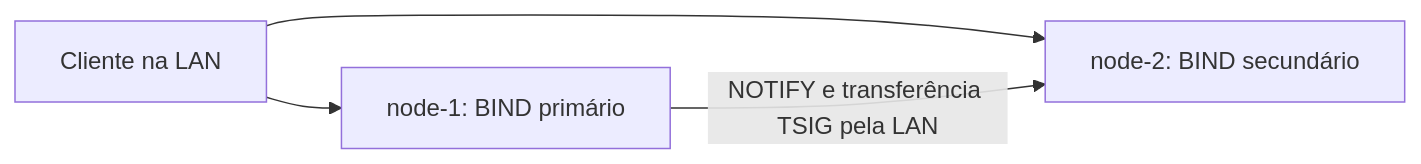
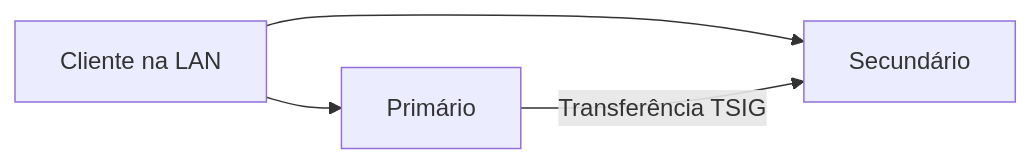
Before and after one commit to AlexandreFreitas64/sistemas-distribuidos-tempo-real: the diagram in tutoriais/dns/bind9/README.md, drawn with Mermaid. The commit also changed other lines of this file and 22 other files, not shown here.

Commit message:
Simplifica tutorial BIND e separa configuracoes LAN e local

````diff
--- a/tutoriais/dns/bind9/README.md
+++ b/tutoriais/dns/bind9/README.md
@@ -11,6 +9,6 @@
 ```mermaid
 flowchart LR
-    C[Cliente na LAN] --> P[node-1: BIND primário]
-    C --> S[node-2: BIND secundário]
-    P -->|NOTIFY e transferência TSIG pela LAN| S
+    C[Cliente na LAN] --> P[Primário]
+    C --> S[Secundário]
+    P -->|Transferência TSIG| S
 ```
````
